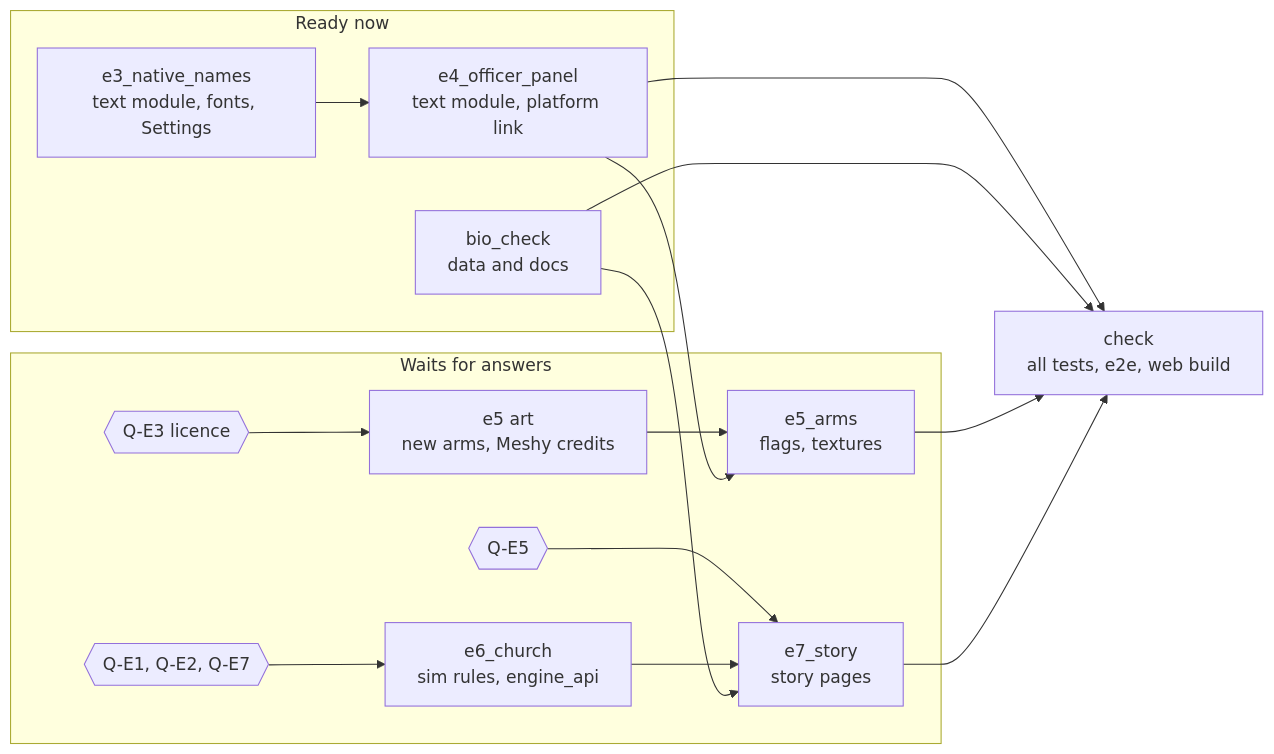
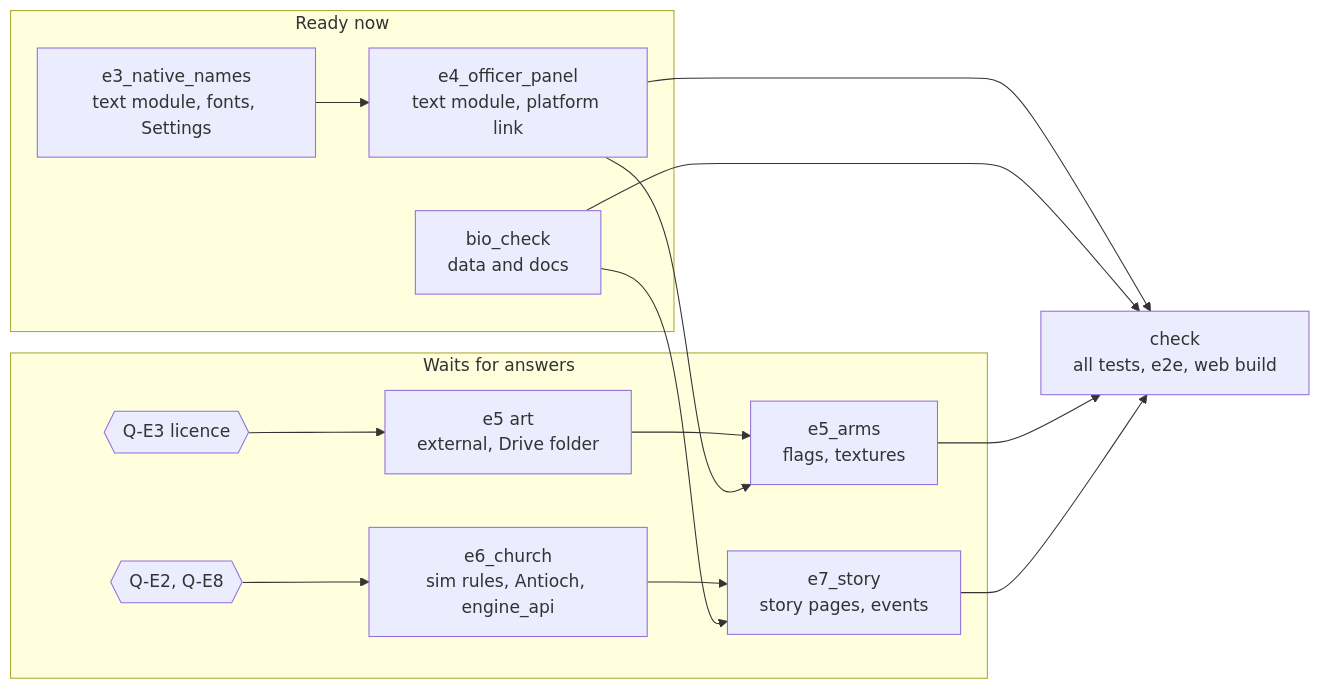
The diagram in docs/EUROPE.md (yksi7417/sanguodream), drawn with Mermaid before and after one commit. The commit also changed other lines of this file and 2 other files, not shown here.

First line of the commit message:
docs: The list of the arms, the city of Antioch and the events of the story

````diff
--- a/docs/EUROPE.md
+++ b/docs/EUROPE.md
@@ -458,21 +558,21 @@
 ```mermaid
 flowchart LR
     subgraph now["Ready now"]
         bio[bio_check<br/>data and docs]
         e3[e3_native_names<br/>text module, fonts, Settings]
         e4[e4_officer_panel<br/>text module, platform link]
         e3 --> e4
     end
     subgraph wait["Waits for answers"]
-        q3{{Q-E3 licence}} --> art[e5 art<br/>new arms, Meshy credits] --> e5[e5_arms<br/>flags, textures]
-        q1{{Q-E1, Q-E2, Q-E7}} --> e6[e6_church<br/>sim rules, engine_api]
-        q5{{Q-E5}} --> e7[e7_story<br/>story pages]
+        q3{{Q-E3 licence}} --> art[e5 art<br/>external, Drive folder] --> e5[e5_arms<br/>flags, textures]
+        q1{{Q-E2, Q-E8}} --> e6[e6_church<br/>sim rules, Antioch, engine_api]
+        e7[e7_story<br/>story pages, events]
     end
     e4 --> e5
     e6 --> e7
     bio --> e7
     e4 --> check[check<br/>all tests, e2e, web build]
     bio --> check
     e5 --> check
     e7 --> check
 ```
````
